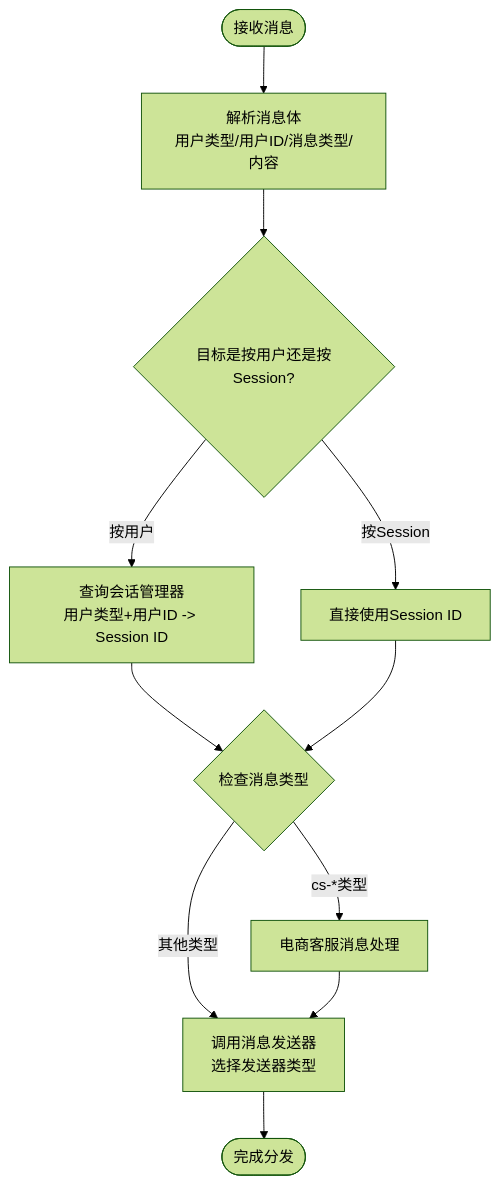
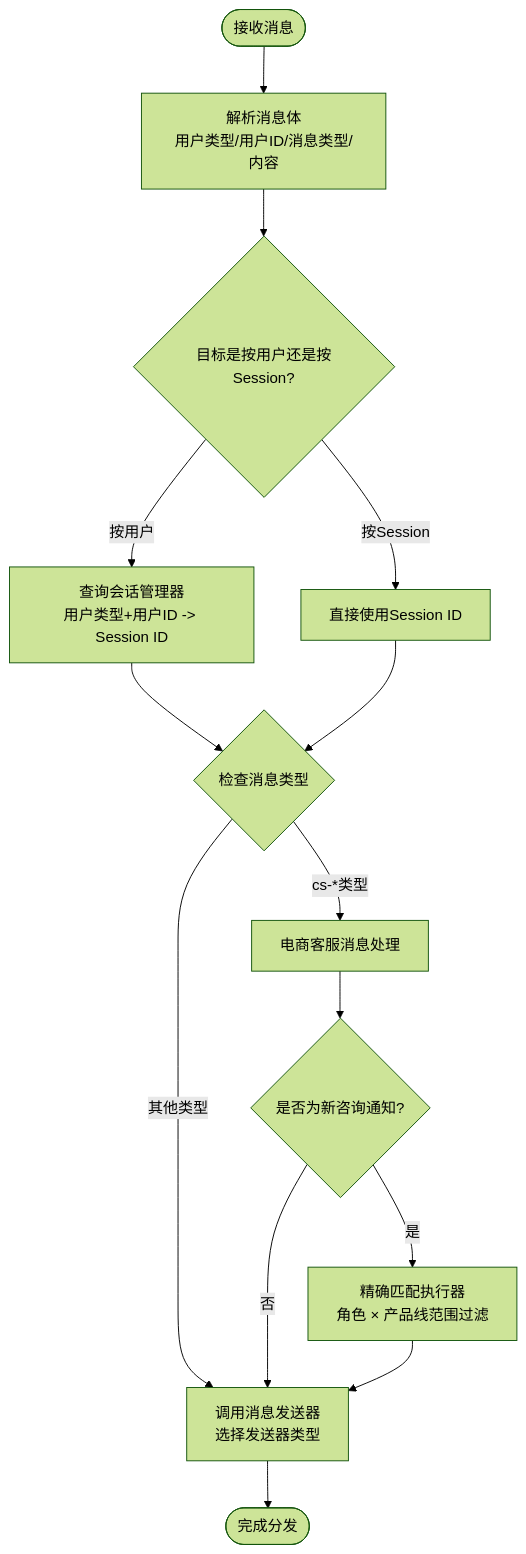
Before and after one commit to xiaoche80s-tech/rouyi-vue-pro: the fourth of 9 diagrams in .qoder/repowiki/zh/content/核心模块/即时通讯模块/WebSocket实时通信服务.md, drawn with Mermaid (forest theme). The commit also changed other lines of this file and 534 other files, not shown here.

````diff
--- a/.qoder/repowiki/zh/content/核心模块/即时通讯模块/WebSocket实时通信服务.md
+++ b/.qoder/repowiki/zh/content/核心模块/即时通讯模块/WebSocket实时通信服务.md
@@ -215,13 +221,16 @@
 ```mermaid
 flowchart TD
 Start(["接收消息"]) --> Parse["解析消息体<br/>用户类型/用户ID/消息类型/内容"]
 Parse --> Route{"目标是按用户还是按Session?"}
 Route --> |按用户| Lookup["查询会话管理器<br/>用户类型+用户ID -> Session ID"]
 Route --> |按Session| UseSID["直接使用Session ID"]
 Lookup --> TypeCheck{"检查消息类型"}
 UseSID --> TypeCheck
 TypeCheck --> |cs-*类型| CSHandle["电商客服消息处理"]
 TypeCheck --> |其他类型| Send["调用消息发送器<br/>选择发送器类型"]
-CSHandle --> Send
+CSHandle --> ExecCheck{"是否为新咨询通知?"}
+ExecCheck --> |是| MatchExec["精确匹配执行器<br/>角色 × 产品线范围过滤"]
+ExecCheck --> |否| Send
+MatchExec --> Send
 Send --> End(["完成分发"])
 ```
````
